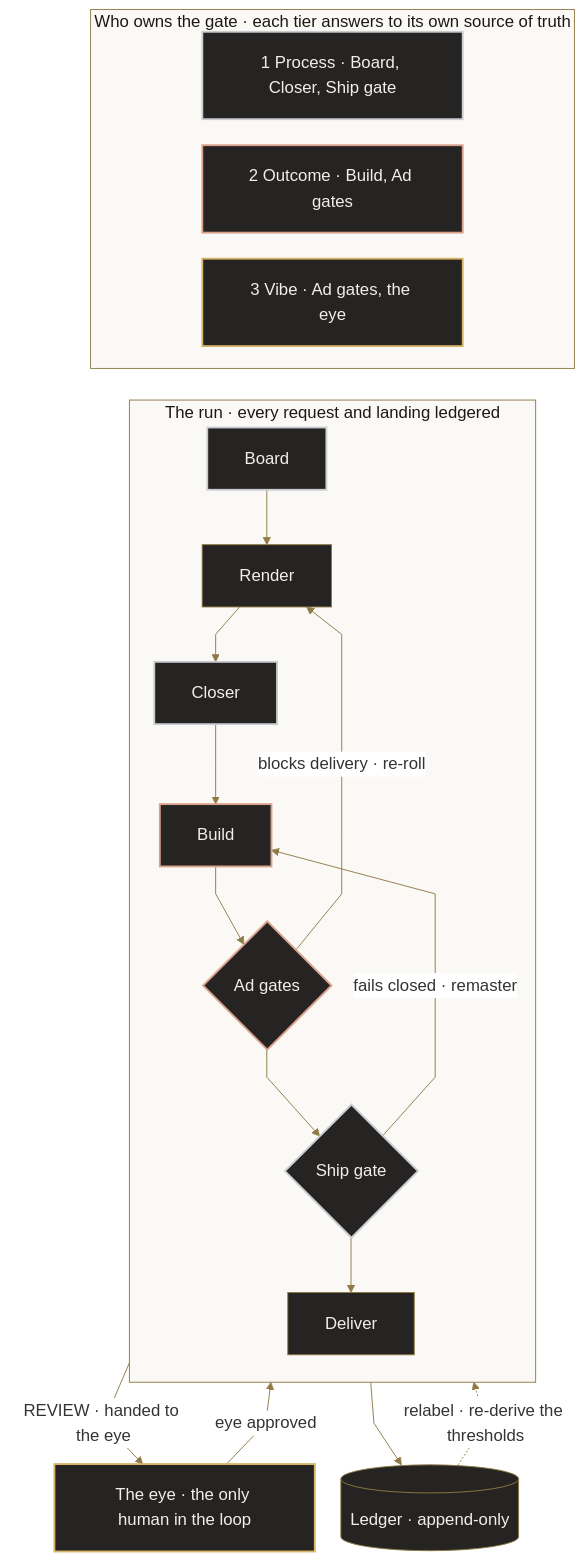
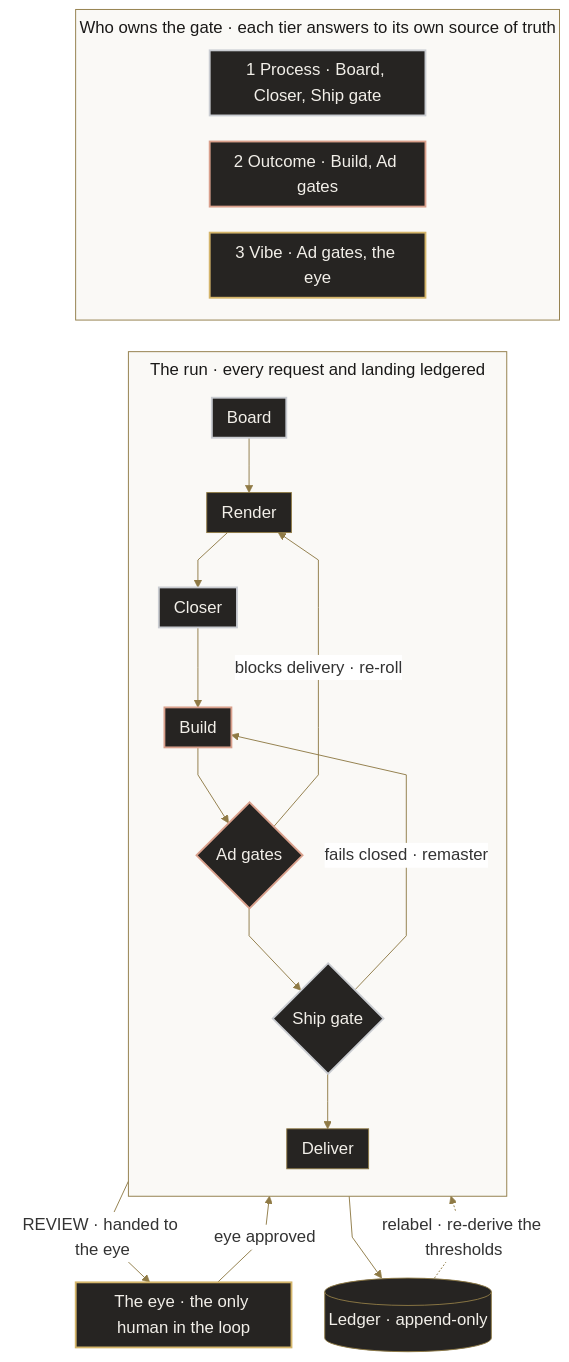
The diagram in README.md (jameswniu/ad-creative-pipeline-multimodal-evals), drawn with Mermaid before and after one commit.

Commit message:
Give the graph's two frames room for their titles

````diff
--- a/README.md
+++ b/README.md
@@ -320,39 +320,39 @@
 ```mermaid
-%%{init: {'flowchart': {'curve': 'linear', 'nodeSpacing': 28, 'rankSpacing': 34, 'padding': 20}, 'themeVariables': {'fontSize': '18px', 'lineColor': '#8f7a45', 'edgeLabelBackground': '#ffffff', 'clusterBkg': '#faf9f6', 'clusterBorder': '#8f7a45', 'titleColor': '#1a1918'}}}%%
+%%{init: {'flowchart': {'curve': 'linear', 'nodeSpacing': 28, 'rankSpacing': 34, 'padding': 8, 'subGraphTitleMargin': {'top': 6, 'bottom': 14}}, 'themeVariables': {'fontSize': '18px', 'lineColor': '#8f7a45', 'edgeLabelBackground': '#ffffff', 'clusterBkg': '#faf9f6', 'clusterBorder': '#8f7a45', 'titleColor': '#1a1918'}}}%%
 flowchart TD
     subgraph OWN["Who owns the gate · each tier answers to its own source of truth"]
         direction LR
         P["1 Process · Board, Closer, Ship gate"]
         O["2 Outcome · Build, Ad gates"]
         V["3 Vibe · Ad gates, the eye"]
     end
 
     subgraph RUN["The run · every request and landing ledgered"]
         direction TB
         B["Board"] --> R["Render"] --> C["Closer"] --> BU["Build"] --> AG{"Ad gates"} --> SG{"Ship gate"} --> D["Deliver"]
     end
 
     EYE["The eye · the only human in the loop"]
     L[("Ledger · append-only")]
 
     P ~~~ B
     O ~~~ B
     V ~~~ B
     AG -->|"blocks delivery · re-roll"| R
     AG -->|"REVIEW · handed to the eye"| EYE
     EYE -->|"eye approved"| SG
     SG -->|"fails closed · remaster"| BU
     D --> L
     L -.->|"relabel · re-derive the thresholds"| B
 
     classDef run fill:#262422,stroke:#8f7a45,color:#f2efe9
     classDef process fill:#262422,stroke:#c9ccd1,stroke-width:2px,color:#f2efe9
     classDef outcome fill:#262422,stroke:#d9a08c,stroke-width:2px,color:#f2efe9
     classDef vibe fill:#262422,stroke:#d4b56a,stroke-width:2px,color:#f2efe9
     class R,D,L run
     class P,B,C,SG process
     class O,BU,AG outcome
     class V,EYE vibe
     style OWN fill:#faf9f6,stroke:#8f7a45,color:#1a1918
     style RUN fill:#faf9f6,stroke:#8f7a45,color:#1a1918
 ```
````
